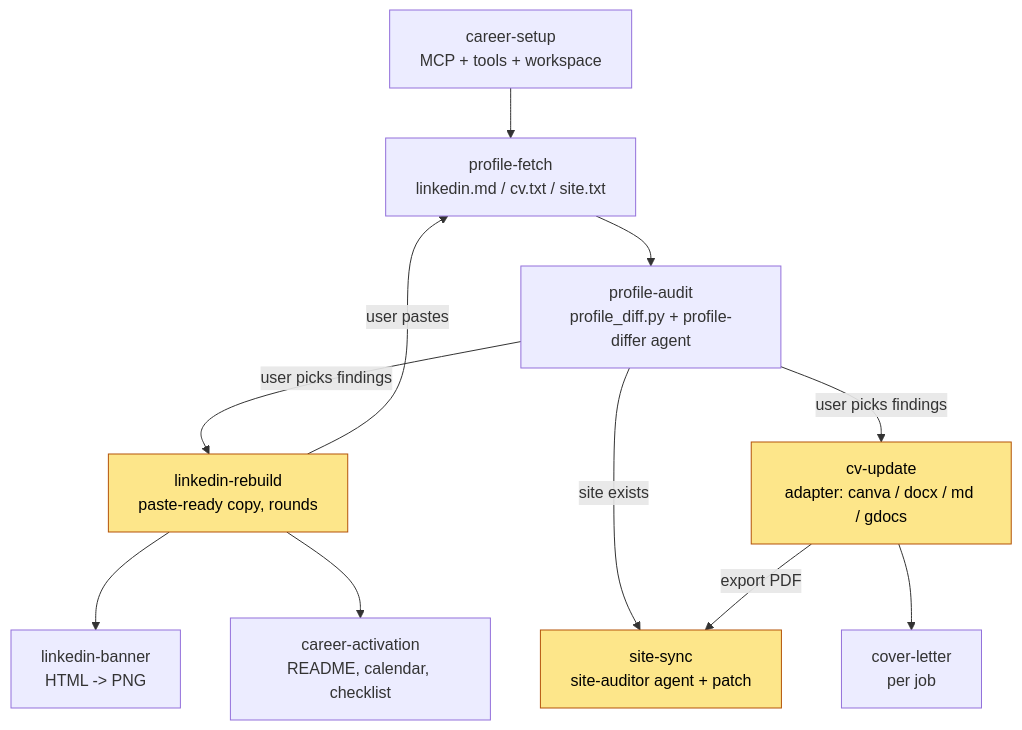
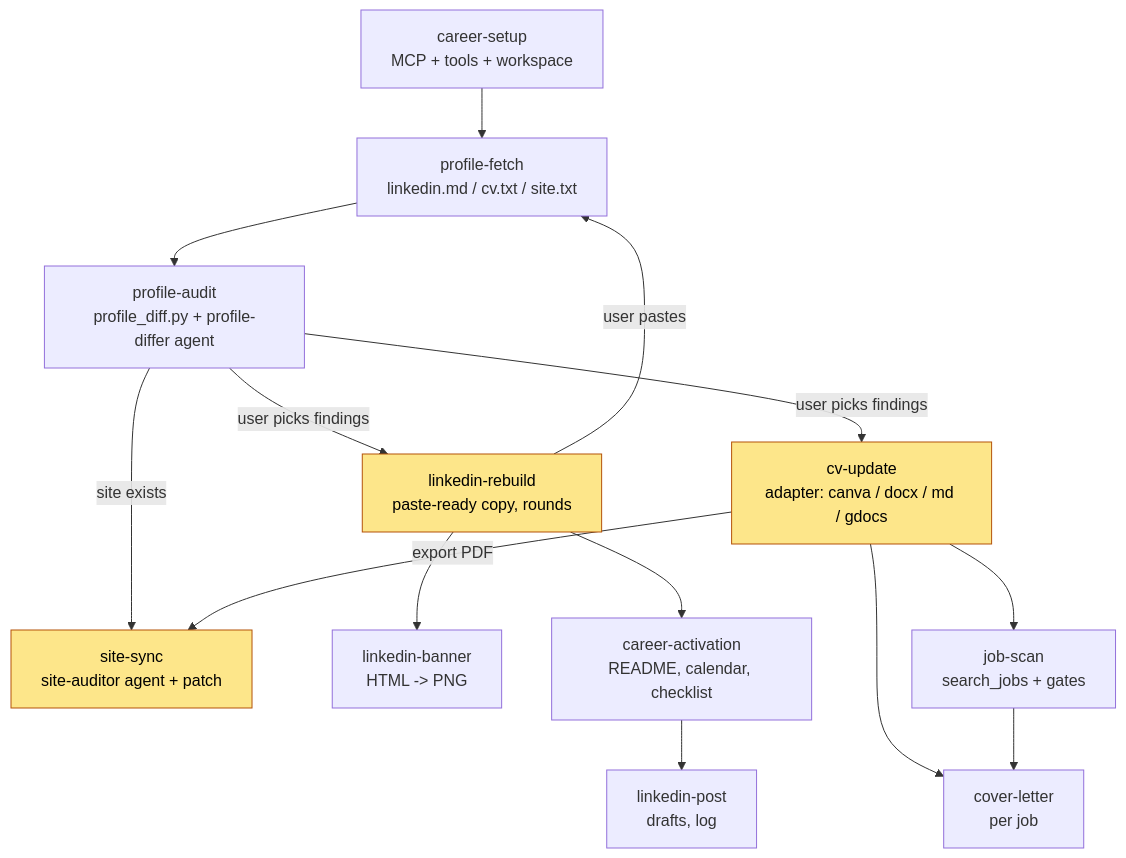
One commit to surohak/career-agents changed the diagram in docs/flow.md. Above: the diagram before and after it, drawn with Mermaid. The commit also changed 13 other files, not shown here.

Commit message:
Add job-scan and linkedin-post skills, post and jobs logs, location and search config

````diff
--- a/docs/flow.md
+++ b/docs/flow.md
@@ -3,15 +3,18 @@
 ```mermaid
 flowchart TD
   S0[career-setup<br/>MCP + tools + workspace] --> S1[profile-fetch<br/>linkedin.md / cv.txt / site.txt]
   S1 --> S2[profile-audit<br/>profile_diff.py + profile-differ agent]
   S2 -->|user picks findings| S3[linkedin-rebuild<br/>paste-ready copy, rounds]
   S2 -->|user picks findings| S5[cv-update<br/>adapter: canva / docx / md / gdocs]
   S2 -->|site exists| S6[site-sync<br/>site-auditor agent + patch]
   S3 --> S4[linkedin-banner<br/>HTML -> PNG]
   S3 -->|user pastes| S1
   S5 -->|export PDF| S6
   S5 --> S7[cover-letter<br/>per job]
   S3 --> S8[career-activation<br/>README, calendar, checklist]
+  S8 --> S9[linkedin-post<br/>drafts, log]
+  S5 --> S10[job-scan<br/>search_jobs + gates]
+  S10 --> S7
   classDef gate fill:#fde68a,stroke:#b45309,color:#000;
   class S3,S5,S6 gate;
 ```
````
